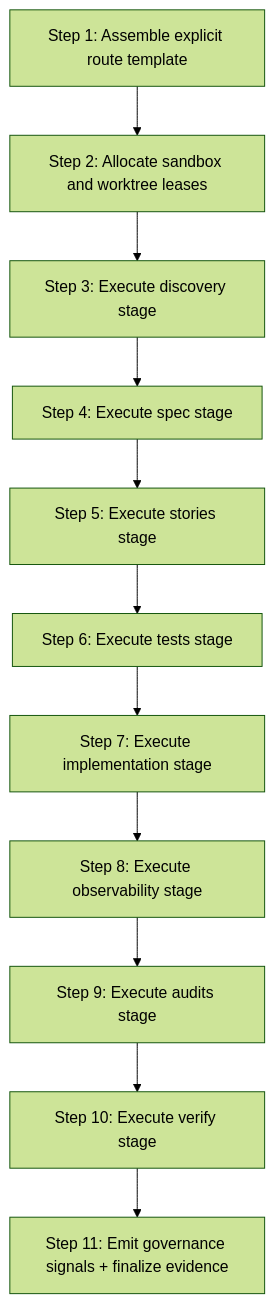
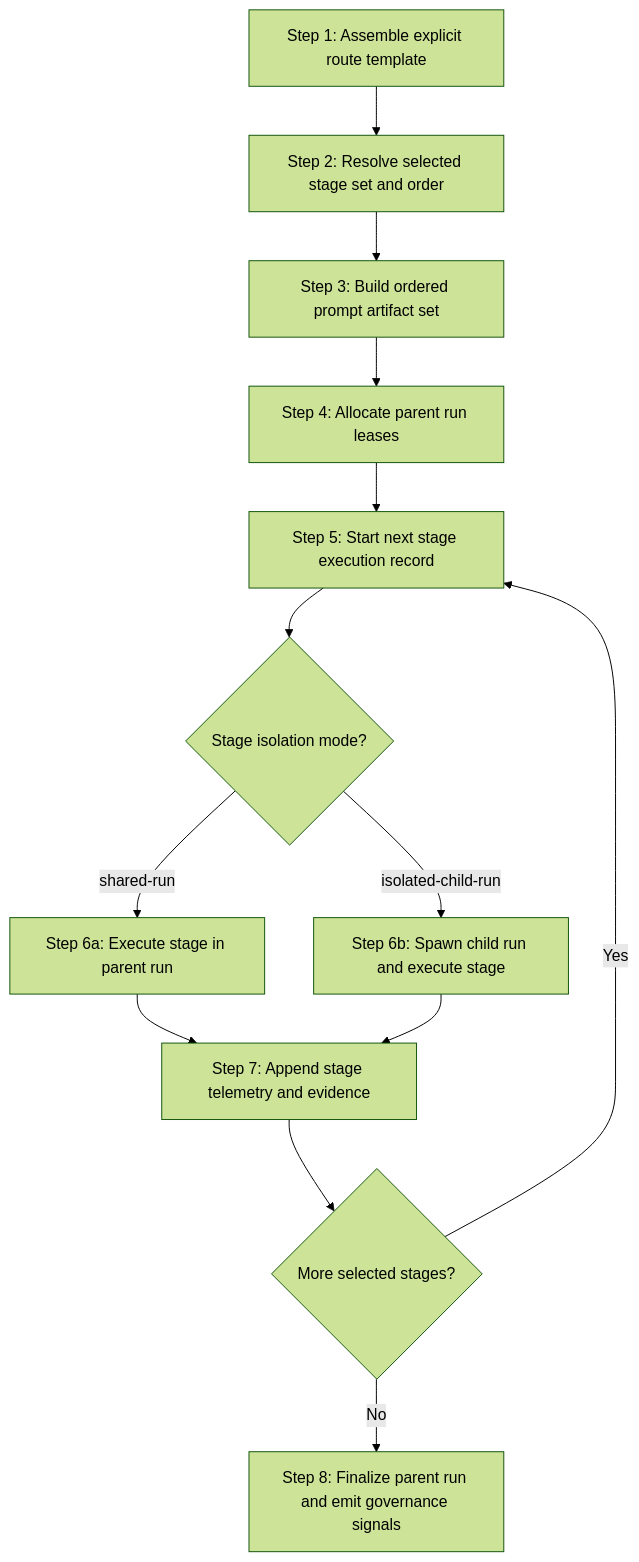
Before and after one commit to cyberAlchemyAI/domainspec: the first of 2 diagrams in docs/features/agent-execution-orchestrator/workflows.md, drawn with Mermaid (forest theme). The commit also changed other lines of this file and 51 other files, not shown here.

Commit message:
feat(aeo): add prompt artifact runtime slice and work-pack updates

````diff
--- a/docs/features/agent-execution-orchestrator/workflows.md
+++ b/docs/features/agent-execution-orchestrator/workflows.md
@@ -20,13 +20,15 @@
 ```mermaid
 graph TD
-    A[Step 1: Assemble explicit route template] --> B[Step 2: Allocate sandbox and worktree leases]
-    B --> C[Step 3: Execute discovery stage]
-    C --> D[Step 4: Execute spec stage]
-    D --> E[Step 5: Execute stories stage]
-    E --> F[Step 6: Execute tests stage]
-    F --> G[Step 7: Execute implementation stage]
-    G --> H[Step 8: Execute observability stage]
-    H --> I[Step 9: Execute audits stage]
-    I --> J[Step 10: Execute verify stage]
-    J --> K[Step 11: Emit governance signals + finalize evidence]
+    A[Step 1: Assemble explicit route template] --> B[Step 2: Resolve selected stage set and order]
+    B --> C[Step 3: Build ordered prompt artifact set]
+    C --> D[Step 4: Allocate parent run leases]
+    D --> E[Step 5: Start next stage execution record]
+    E --> F{Stage isolation mode?}
+    F -->|shared-run| G[Step 6a: Execute stage in parent run]
+    F -->|isolated-child-run| H[Step 6b: Spawn child run and execute stage]
+    G --> I[Step 7: Append stage telemetry and evidence]
+    H --> I
+    I --> J{More selected stages?}
+    J -->|Yes| E
+    J -->|No| K[Step 8: Finalize parent run and emit governance signals]
 ```
````
